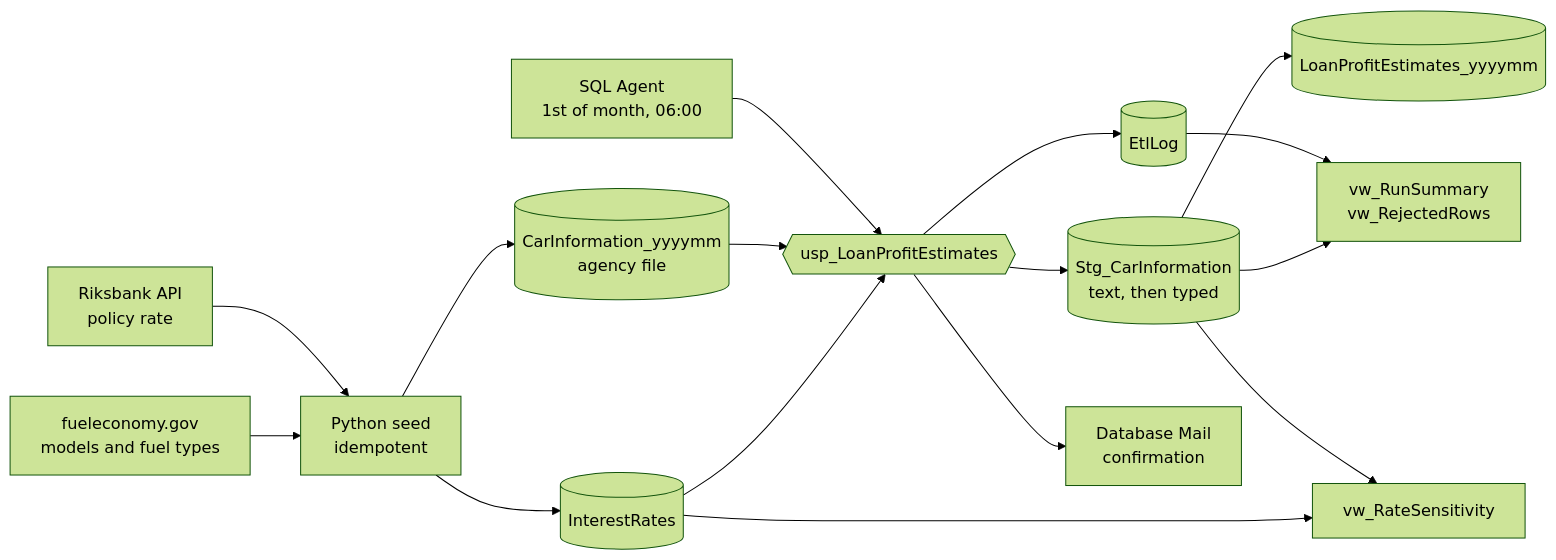
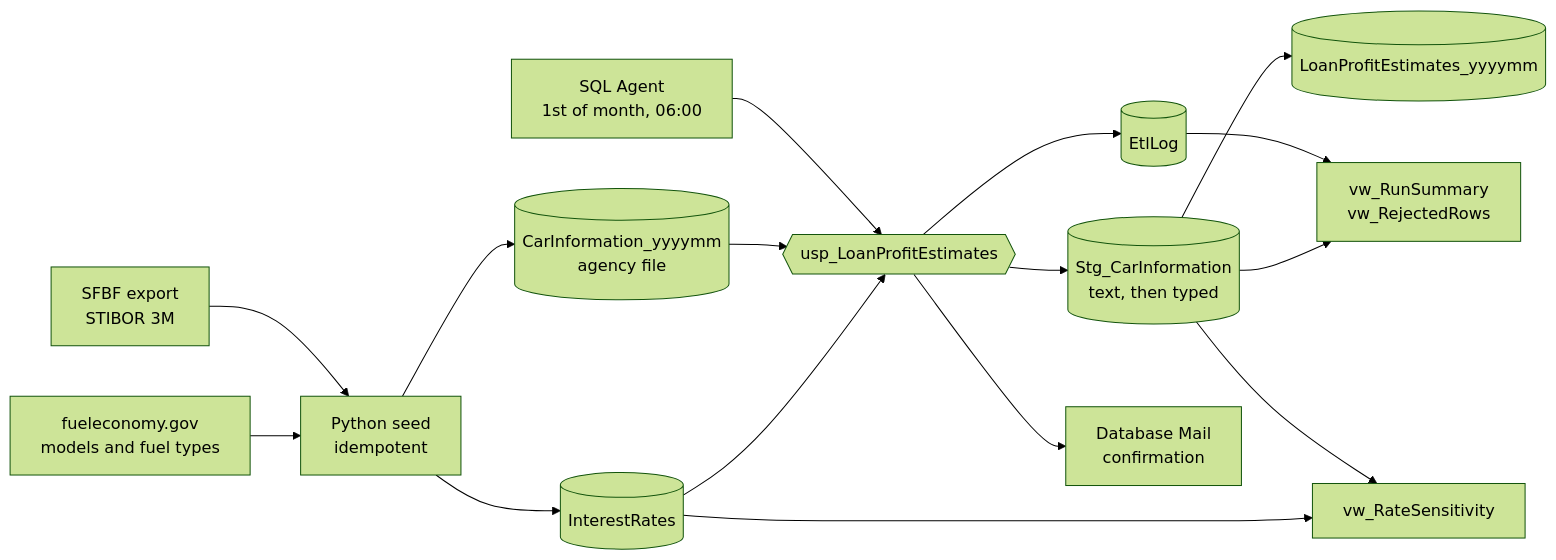
Before and after one commit to DavidFarm/loan-profit-etl: the diagram in README.md, drawn with Mermaid (forest theme). The commit also changed other lines of this file and 24 other files, not shown here.

````diff
--- a/README.md
+++ b/README.md
@@ -59,18 +70,18 @@
 ```mermaid
 flowchart LR
-    RB[Riksbank API<br/>policy rate] --> SEED
+    SF[SFBF export<br/>STIBOR 3M] --> SEED
     FE[fueleconomy.gov<br/>models and fuel types] --> SEED
     SEED[Python seed<br/>idempotent] --> IR[(InterestRates)]
     SEED --> CAR[(CarInformation_yyyymm<br/>agency file)]
     AGENT[SQL Agent<br/>1st of month, 06:00] --> PROC
     CAR --> PROC{{usp_LoanProfitEstimates}}
     IR --> PROC
     PROC --> STG[(Stg_CarInformation<br/>text, then typed)]
     STG --> OUT[(LoanProfitEstimates_yyyymm)]
     PROC --> LOG[(EtlLog)]
     PROC --> MAIL[Database Mail<br/>confirmation]
     LOG --> VIEWS[vw_RunSummary<br/>vw_RejectedRows]
     STG --> VIEWS
     STG --> SENS[vw_RateSensitivity]
     IR --> SENS
 ```
````
